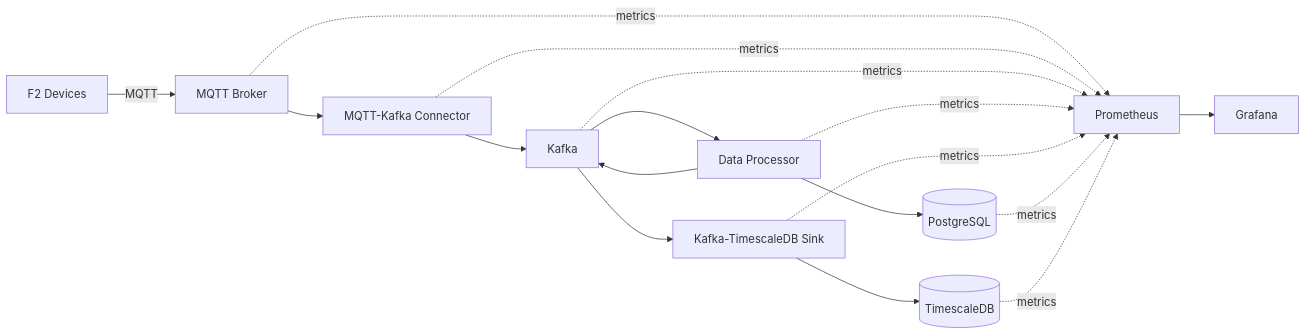
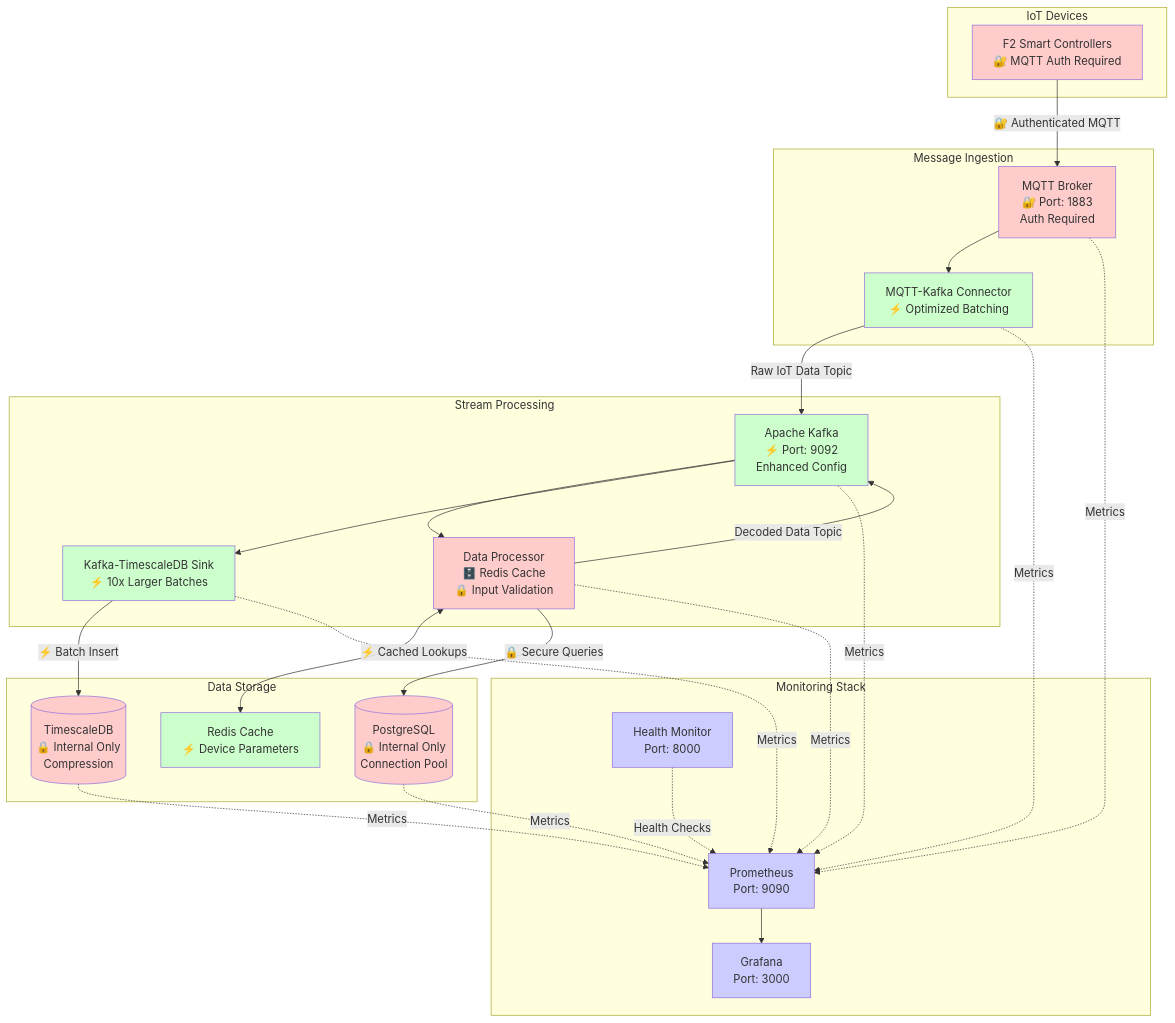
Before and after one commit to amoyavt/POC_MQTT: the second of 2 diagrams in README.md, drawn with Mermaid. The commit also changed other lines of this file and 21 other files, not shown here.

Commit message:
Add comprehensive security documentation and implement secure Docker configurations

````diff
--- a/README.md
+++ b/README.md
@@ -25,21 +36,57 @@
 ```mermaid
-graph LR
-    A[F2 Devices] -->|MQTT| B[MQTT Broker]
-    B --> C[MQTT-Kafka Connector]
-    C --> D[Kafka]
-    D --> E[Data Processor]
-    E --> D
-    D --> F[Kafka-TimescaleDB Sink]
-    E --> G[(PostgreSQL)]
-    F --> H[(TimescaleDB)]
-
-    %% Monitoring
-    B -.->|metrics| I[Prometheus]
-    C -.->|metrics| I
-    D -.->|metrics| I
-    E -.->|metrics| I
-    F -.->|metrics| I
-    G -.->|metrics| I
-    H -.->|metrics| I
-    I --> J[Grafana]
+graph TB
+    subgraph "IoT Devices"
+        A[F2 Smart Controllers<br/>🔐 MQTT Auth Required]
+    end
+    
+    subgraph "Message Ingestion"
+        B[MQTT Broker<br/>🔐 Port: 1883<br/>Auth Required]
+        C[MQTT-Kafka Connector<br/>⚡ Optimized Batching]
+    end
+    
+    subgraph "Stream Processing"
+        D[Apache Kafka<br/>⚡ Port: 9092<br/>Enhanced Config]
+        E[Data Processor<br/>🗄️ Redis Cache<br/>🔒 Input Validation]
+        F[Kafka-TimescaleDB Sink<br/>⚡ 10x Larger Batches]
+    end
+    
+    subgraph "Data Storage"
+        G[(PostgreSQL<br/>🔒 Internal Only<br/>Connection Pool)]
+        H[(TimescaleDB<br/>🔒 Internal Only<br/>Compression)]
+        R[Redis Cache<br/>⚡ Device Parameters]
+    end
+    
+    subgraph "Monitoring Stack"
+        I[Prometheus<br/>Port: 9090]
+        J[Grafana<br/>Port: 3000]
+        K[Health Monitor<br/>Port: 8000]
+    end
+    
+    A -->|🔐 Authenticated MQTT| B
+    B --> C
+    C -->|Raw IoT Data Topic| D
+    D --> E
+    E <-->|⚡ Cached Lookups| R
+    E -->|🔒 Secure Queries| G
+    E -->|Decoded Data Topic| D
+    D --> F
+    F -->|⚡ Batch Insert| H
+    
+    B -.->|Metrics| I
+    C -.->|Metrics| I
+    D -.->|Metrics| I
+    E -.->|Metrics| I
+    F -.->|Metrics| I
+    G -.->|Metrics| I
+    H -.->|Metrics| I
+    K -.->|Health Checks| I
+    I --> J
+    
+    classDef security fill:#ffcccc
+    classDef performance fill:#ccffcc
+    classDef standard fill:#ccccff
+    
+    class A,B,E,G,H security
+    class C,D,F,R performance
+    class I,J,K standard
 ```
````
